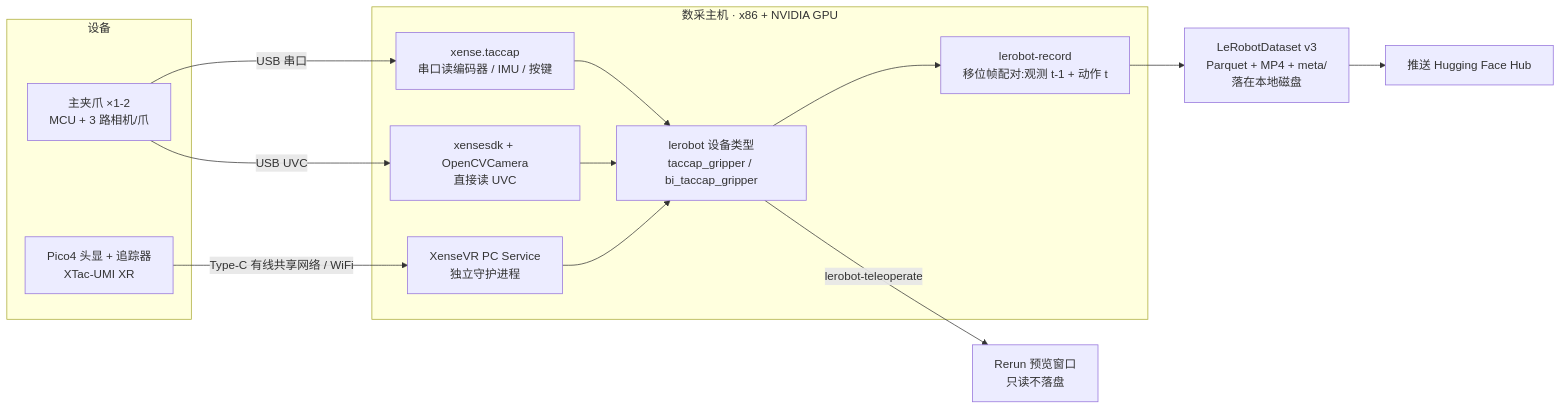
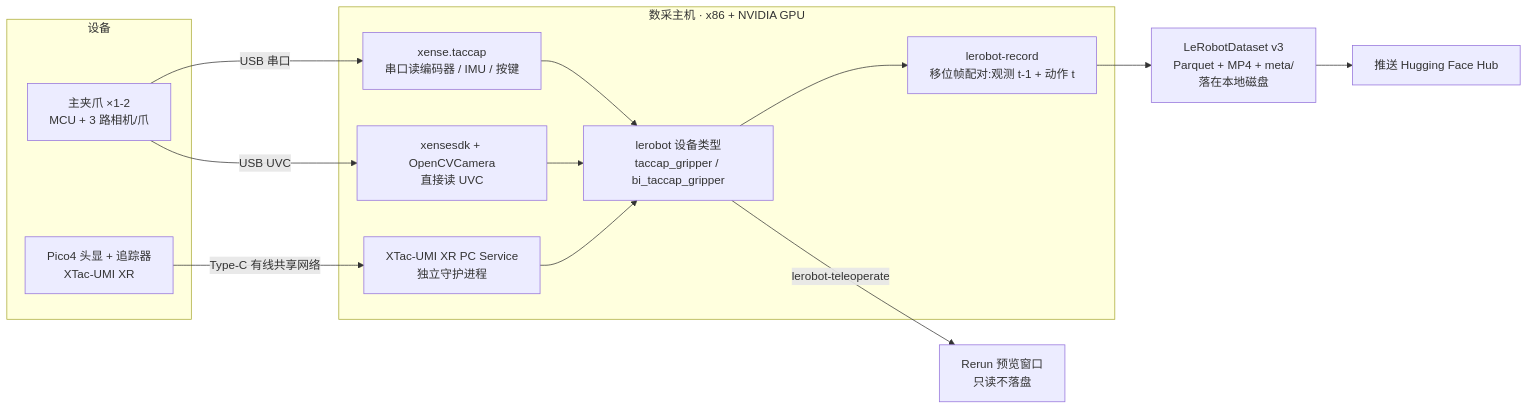
Before and after one commit to XenseRobotics-AI/XTac-UMI-G1-Docs: the second of 2 diagrams in docs/product/g1.md, drawn with Mermaid. The commit also changed other lines of this file and 21 other files, not shown here.

First line of the commit message:
docs: XenseVR 改名 XTac-UMI XR;头显默认走有线,写明无线的波动与延迟;润色 g1 开头

````diff
--- a/docs/product/g1.md
+++ b/docs/product/g1.md
@@ -70,24 +70,24 @@
 ```mermaid
 flowchart LR
     subgraph DEV2["设备"]
         G2["主夹爪 ×1-2<br/>MCU + 3 路相机/爪"]
         P2["Pico4 头显 + 追踪器<br/>XTac-UMI XR"]
     end
     subgraph HOST["数采主机 · x86 + NVIDIA GPU"]
         SDK["xense.taccap<br/>串口读编码器 / IMU / 按键"]
         CAM["xensesdk + OpenCVCamera<br/>直接读 UVC"]
-        VR2["XenseVR PC Service<br/>独立守护进程"]
+        VR2["XTac-UMI XR PC Service<br/>独立守护进程"]
         ROB["lerobot 设备类型<br/>taccap_gripper / bi_taccap_gripper"]
         REC2["lerobot-record<br/>移位帧配对:观测 t-1 + 动作 t"]
     end
     G2 -->|"USB 串口"| SDK
     G2 -->|"USB UVC"| CAM
-    P2 -->|"Type-C 有线共享网络 / WiFi"| VR2
+    P2 -->|"Type-C 有线共享网络"| VR2
     SDK --> ROB
     CAM --> ROB
     VR2 --> ROB
     ROB -->|"lerobot-teleoperate"| RR["Rerun 预览窗口<br/>只读不落盘"]
     ROB --> REC2
     REC2 --> DS["LeRobotDataset v3<br/>Parquet + MP4 + meta/<br/>落在本地磁盘"]
     DS --> HF["推送 Hugging Face Hub"]
 ```
````
